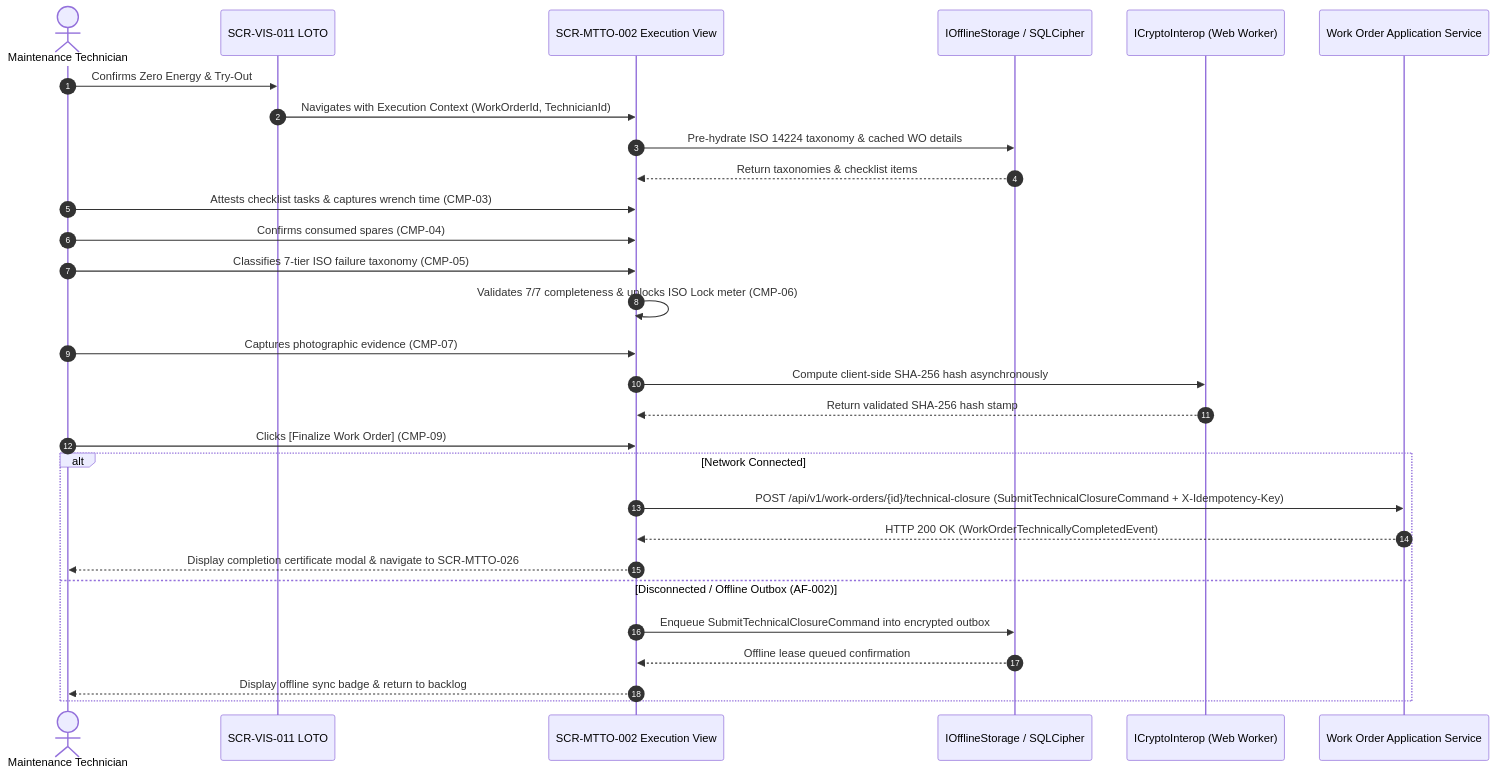
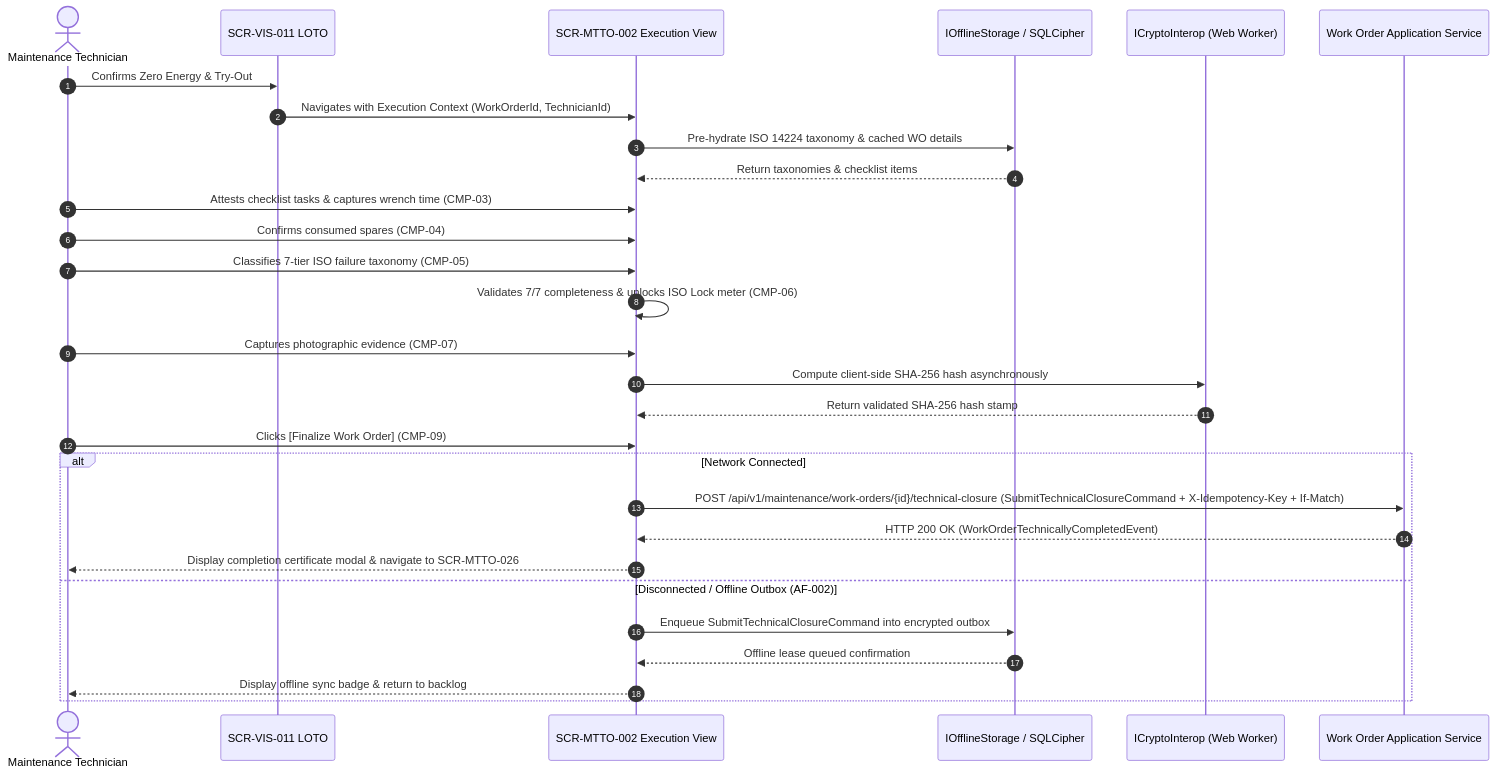
The diagram in ui-ux/screens/mtto/SCR-MTTO-002.md (Novav20/adso-dteam-docs), drawn with Mermaid before and after one commit. The commit also changed other lines of this file and 62 other files, not shown here.

Commit message:
docs(audit): close 32/33 pre-code findings (ADR-010, xmin ETag, X-Idempotency-Key, UC-INV-007 in SCR-INV-005, RBAC/tokens/API/SignalR; defer P2-M04)

````diff
--- a/ui-ux/screens/mtto/SCR-MTTO-002.md
+++ b/ui-ux/screens/mtto/SCR-MTTO-002.md
@@ -192,32 +192,32 @@
 ```mermaid
 sequenceDiagram
     autonumber
     actor Tech as Maintenance Technician
     participant VIS as SCR-VIS-011 LOTO
     participant UI as SCR-MTTO-002 Execution View
     participant Store as IOfflineStorage / SQLCipher
     participant Crypto as ICryptoInterop (Web Worker)
     participant API as Work Order Application Service
 
     Tech->>VIS: Confirms Zero Energy & Try-Out
     VIS->>UI: Navigates with Execution Context (WorkOrderId, TechnicianId)
     UI->>Store: Pre-hydrate ISO 14224 taxonomy & cached WO details
     Store-->>UI: Return taxonomies & checklist items
     Tech->>UI: Attests checklist tasks & captures wrench time (CMP-03)
     Tech->>UI: Confirms consumed spares (CMP-04)
     Tech->>UI: Classifies 7-tier ISO failure taxonomy (CMP-05)
     UI->>UI: Validates 7/7 completeness & unlocks ISO Lock meter (CMP-06)
     Tech->>UI: Captures photographic evidence (CMP-07)
     UI->>Crypto: Compute client-side SHA-256 hash asynchronously
     Crypto-->>UI: Return validated SHA-256 hash stamp
     Tech->>UI: Clicks [Finalize Work Order] (CMP-09)
     alt Network Connected
-        UI->>API: POST /api/v1/work-orders/{id}/technical-closure (SubmitTechnicalClosureCommand + X-Idempotency-Key)
+        UI->>API: POST /api/v1/maintenance/work-orders/{id}/technical-closure (SubmitTechnicalClosureCommand + X-Idempotency-Key + If-Match)
         API-->>UI: HTTP 200 OK (WorkOrderTechnicallyCompletedEvent)
         UI-->>Tech: Display completion certificate modal & navigate to SCR-MTTO-026
     else Disconnected / Offline Outbox (AF-002)
         UI->>Store: Enqueue SubmitTechnicalClosureCommand into encrypted outbox
         Store-->>UI: Offline lease queued confirmation
         UI-->>Tech: Display offline sync badge & return to backlog
     end
 ```
````
